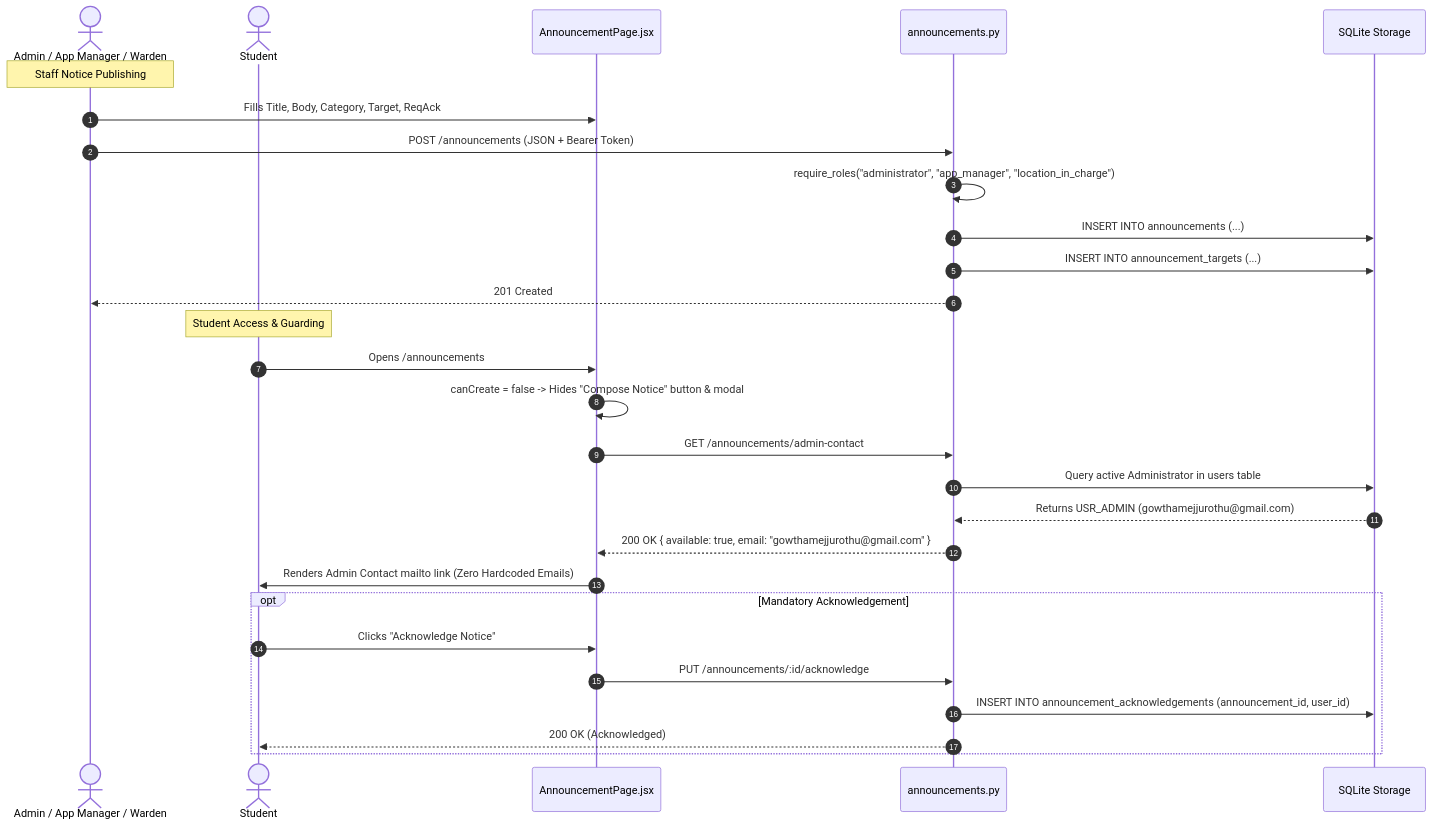
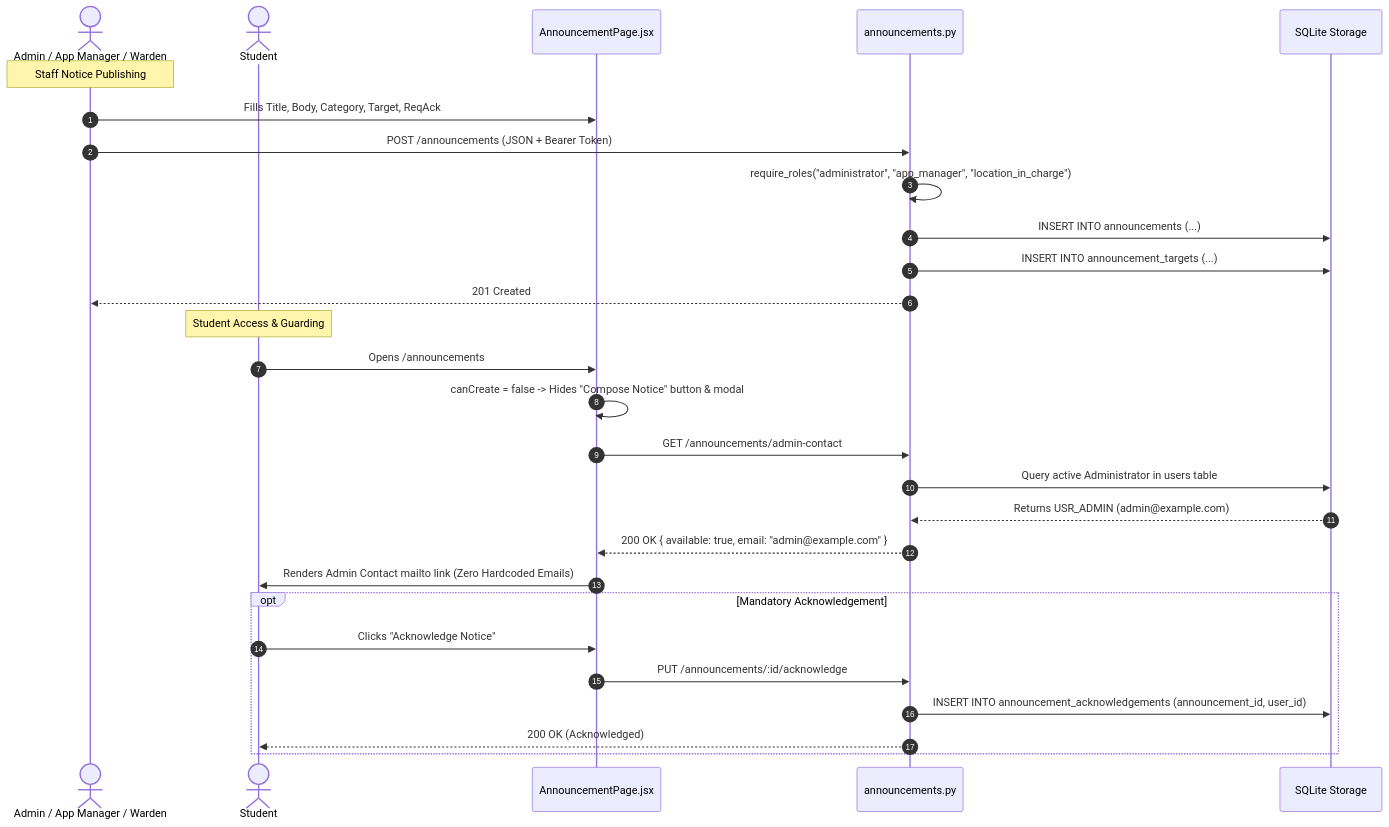
One commit to gowthame23/campus_pulse changed the fifth of 5 diagrams in docs/project_knowledge/CAMPUS_PULSE_WORKFLOWS.md. Above: the diagram before and after it, drawn with Mermaid. The commit also changed 33 other files, not shown here.

````diff
--- a/docs/project_knowledge/CAMPUS_PULSE_WORKFLOWS.md
+++ b/docs/project_knowledge/CAMPUS_PULSE_WORKFLOWS.md
@@ -194,33 +194,33 @@
 ```mermaid
 sequenceDiagram
     autonumber
     actor Staff as Admin / App Manager / Warden
     actor Student as Student
     participant Page as AnnouncementPage.jsx
     participant API as announcements.py
     participant DB as SQLite Storage
 
     Note over Staff: Staff Notice Publishing
     Staff->>Page: Fills Title, Body, Category, Target, ReqAck
     Staff->>API: POST /announcements (JSON + Bearer Token)
     API->>API: require_roles("administrator", "app_manager", "location_in_charge")
     API->>DB: INSERT INTO announcements (...)
     API->>DB: INSERT INTO announcement_targets (...)
     API-->>Staff: 201 Created
 
     Note over Student: Student Access & Guarding
     Student->>Page: Opens /announcements
     Page->>Page: canCreate = false -> Hides "Compose Notice" button & modal
     Page->>API: GET /announcements/admin-contact
     API->>DB: Query active Administrator in users table
-    DB-->>API: Returns USR_ADMIN (gowthamejjurothu@gmail.com)
-    API-->>Page: 200 OK { available: true, email: "gowthamejjurothu@gmail.com" }
+    DB-->>API: Returns USR_ADMIN (admin@example.com)
+    API-->>Page: 200 OK { available: true, email: "admin@example.com" }
     Page->>Student: Renders Admin Contact mailto link (Zero Hardcoded Emails)
     
     opt Mandatory Acknowledgement
         Student->>Page: Clicks "Acknowledge Notice"
         Page->>API: PUT /announcements/:id/acknowledge
         API->>DB: INSERT INTO announcement_acknowledgements (announcement_id, user_id)
         API-->>Student: 200 OK (Acknowledged)
     end
 ```
````
